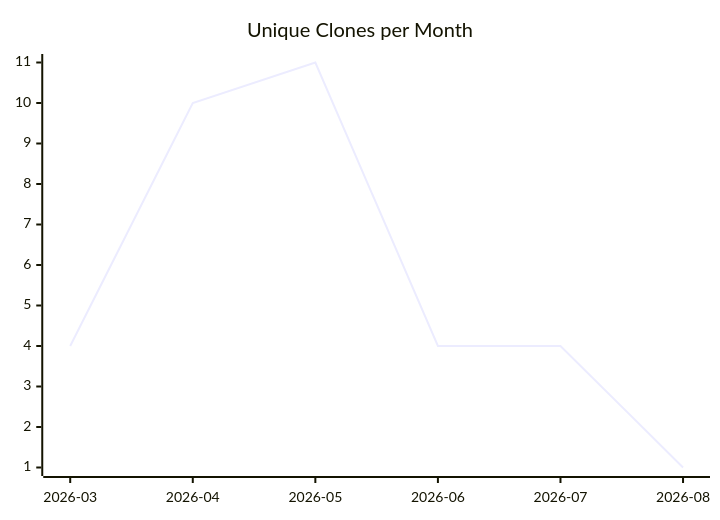
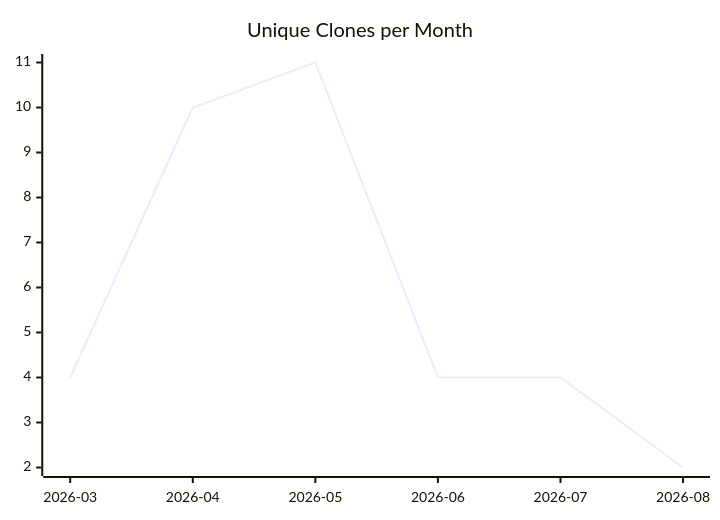
The third of 3 diagrams in karlmdavis/workstation-base-ansible-role/README.md (justdavis-family/github-analytics-data), drawn with Mermaid before and after one commit. The commit also changed other lines of this file and 163 other files, not shown here.

````diff
--- a/karlmdavis/workstation-base-ansible-role/README.md
+++ b/karlmdavis/workstation-base-ansible-role/README.md
@@ -19,6 +19,6 @@
 ```mermaid
 xychart-beta
   title "Unique Clones per Month"
   x-axis ["2026-03", "2026-04", "2026-05", "2026-06", "2026-07", "2026-08"]
-  line [4, 10, 11, 4, 4, 1]
+  line [4, 10, 11, 4, 4, 2]
 ```
````
